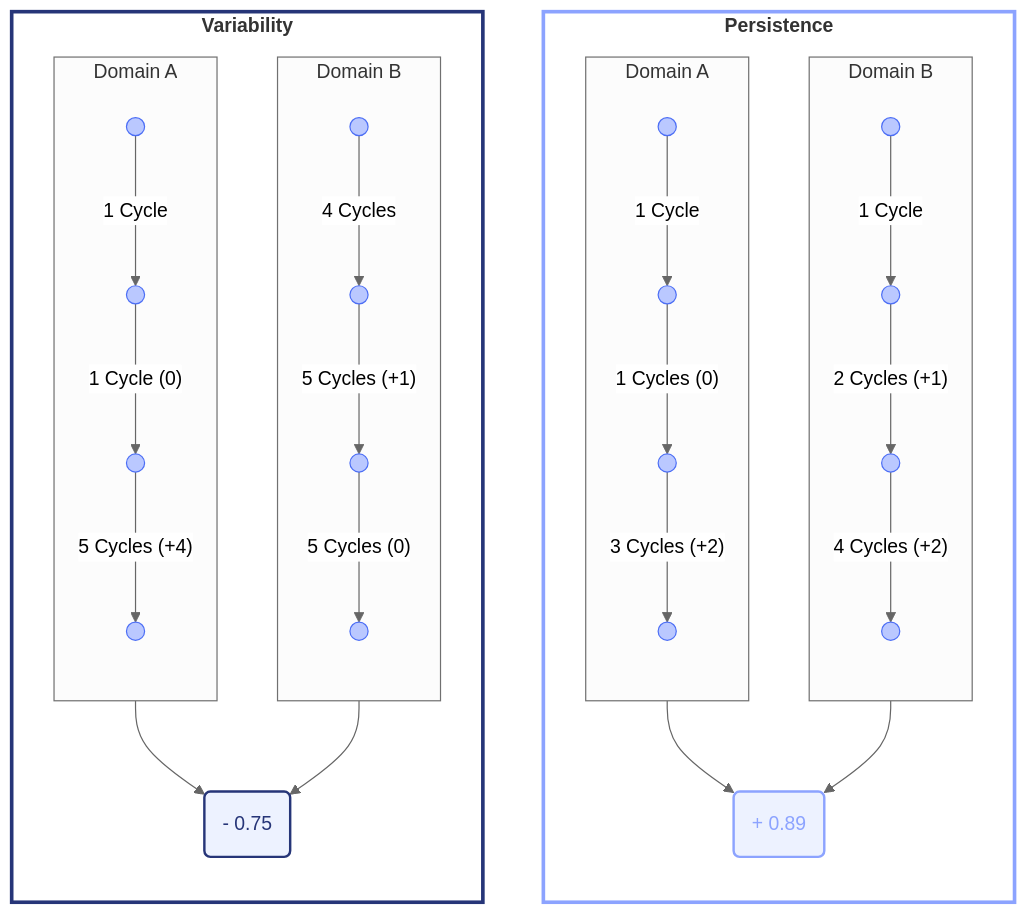
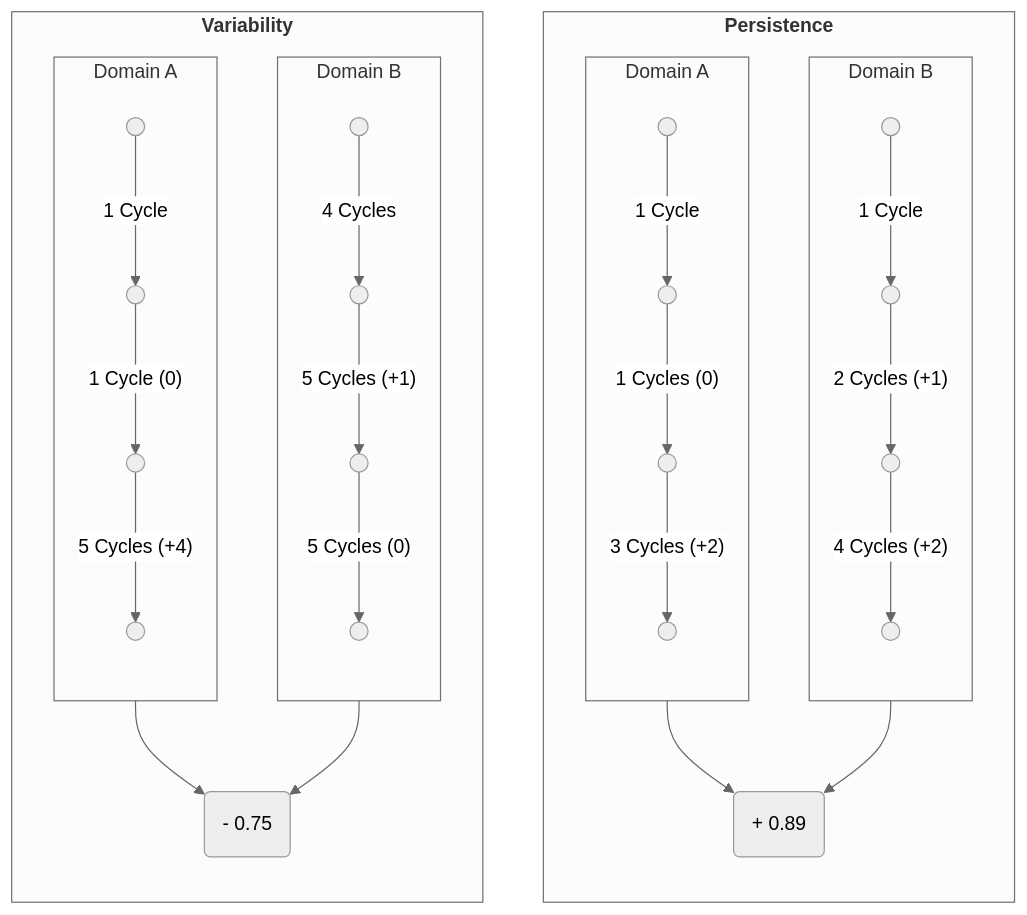
One commit to clairemira/miranova changed the ninth of 13 diagrams in content/commons.mdx. Above: the diagram before and after it, drawn with Mermaid. The commit also changed other lines of this file and 23 other files, not shown here.

Commit message:
Added dark mode support for mermaid nodes

````diff
--- a/content/commons.mdx
+++ b/content/commons.mdx
@@ -929,61 +854,50 @@
 ```mermaid
 ---
 config:
   flowchart:
     curve: basis
   theme: neutral
 ---
 flowchart TD
 
   subgraph PER2["<strong>Persistence</strong>"]
     direction TD
 
     subgraph DA5["Domain A"]
       direction TD
 
       P5(( )) -- "1 Cycle" --> P6(( )) -- "1 Cycles (0)" --> P7(( )) -- "3 Cycles (+2)" --> P8(( ))
     end
 
     subgraph DB5["Domain B"]
       direction TD
 
       V5(( )) -- "1 Cycle" --> V6(( )) -- "2 Cycles (+1)" --> V7(( )) -- "4 Cycles (+2)" --> V8(( ))
     end
 
-    CAD2("+ 0.89")
+    CAD2("+ 0.89"):::prominence
 
     DA5 --> CAD2
     DB5 --> CAD2
   end
 
   subgraph VAR2["<strong>Variability</strong>"]
     direction TD
 
     subgraph DA4["Domain A"]
       direction TD
 
       P1(( )) -- "1 Cycle" --> P2(( )) -- "1 Cycle (0)" --> P3(( )) -- "5 Cycles (+4)" --> P4(( ))
     end
 
     subgraph DB4["Domain B"]
       direction TD
 
       V1(( )) -- "4 Cycles" --> V2(( )) -- "5 Cycles (+1)" --> V3(( )) -- "5 Cycles (0)" --> V4(( ))
     end
 
-    CAD1("- 0.75")
+    CAD1("- 0.75"):::turbulence
     DA4 --> CAD1
     DB4 --> CAD1
   end
-
-  classDef committalNode fill:#bac8ff,stroke:#4c6ef5,color:#4c6ef5
-  classDef perNode fill:#edf2ff,stroke:#8ca3ff,color:#8ca3ff,stroke-width:2px
-  classDef varNode fill:#edf2ff,stroke:#263578,color:#263578,stroke-width:2px
-
-  class P1,P2,P3,P4,P5,P6,P7,P8,V1,V2,V3,V4,V5,V6,V7,V8 committalNode
-  class CAD1 varNode
-  class CAD2 perNode
-
-  style PER2 fill:transparent,stroke:#8ca3ff,stroke-width:3px
-  style VAR2 fill:transparent,stroke:#263578,stroke-width:3px
 ```
````
